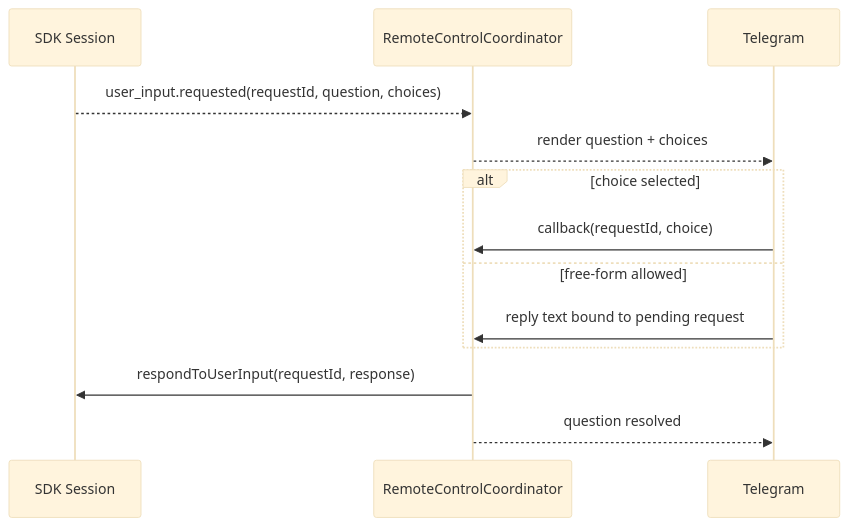
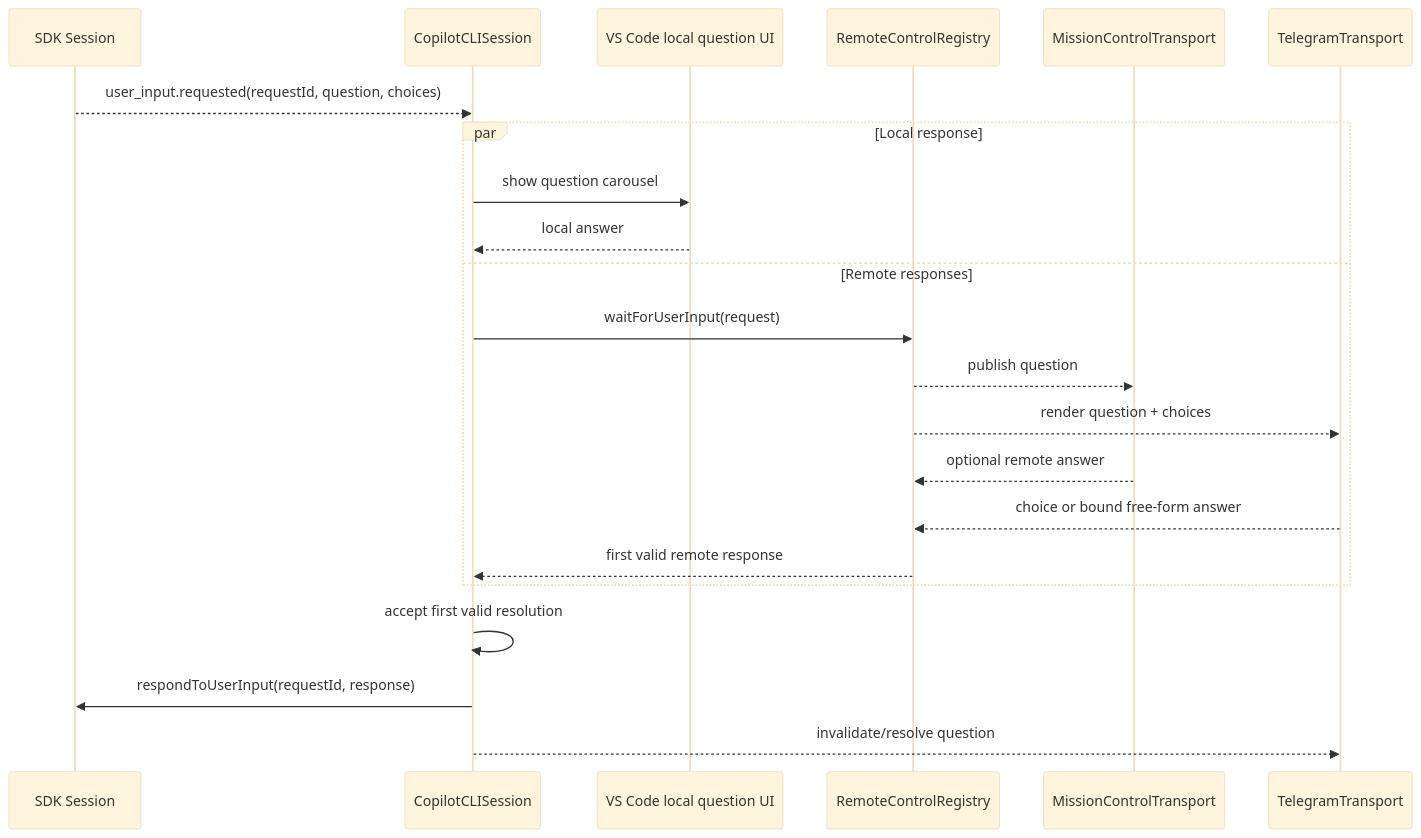
One commit to SachiHarshitha/vscode-telegram changed the ninth of 14 diagrams in extensions/copilot/docs/telegram-remote/CALL_FLOWS.md. Above: the diagram before and after it, drawn with Mermaid (base theme). The commit also changed other lines of this file and 11 other files, not shown here.

````diff
--- a/extensions/copilot/docs/telegram-remote/CALL_FLOWS.md
+++ b/extensions/copilot/docs/telegram-remote/CALL_FLOWS.md
@@ -193,16 +227,25 @@
 ```mermaid
 sequenceDiagram
     participant SDK as SDK Session
-    participant C as RemoteControlCoordinator
-    participant T as Telegram
+    participant S as CopilotCLISession
+    participant VS as VS Code local question UI
+    participant C as RemoteControlRegistry
+    participant M as MissionControlTransport
+    participant T as TelegramTransport
 
-    SDK-->>C: user_input.requested(requestId, question, choices)
-    C-->>T: render question + choices
-    alt choice selected
-        T->>C: callback(requestId, choice)
-    else free-form allowed
-        T->>C: reply text bound to pending request
+    SDK-->>S: user_input.requested(requestId, question, choices)
+    par Local response
+        S->>VS: show question carousel
+        VS-->>S: local answer
+    and Remote responses
+        S->>C: waitForUserInput(request)
+        C-->>M: publish question
+        C-->>T: render question + choices
+        M-->>C: optional remote answer
+        T-->>C: choice or bound free-form answer
+        C-->>S: first valid remote response
     end
-    C->>SDK: respondToUserInput(requestId, response)
-    C-->>T: question resolved
+    S->>S: accept first valid resolution
+    S->>SDK: respondToUserInput(requestId, response)
+    S-->>T: invalidate/resolve question
 ```
````
